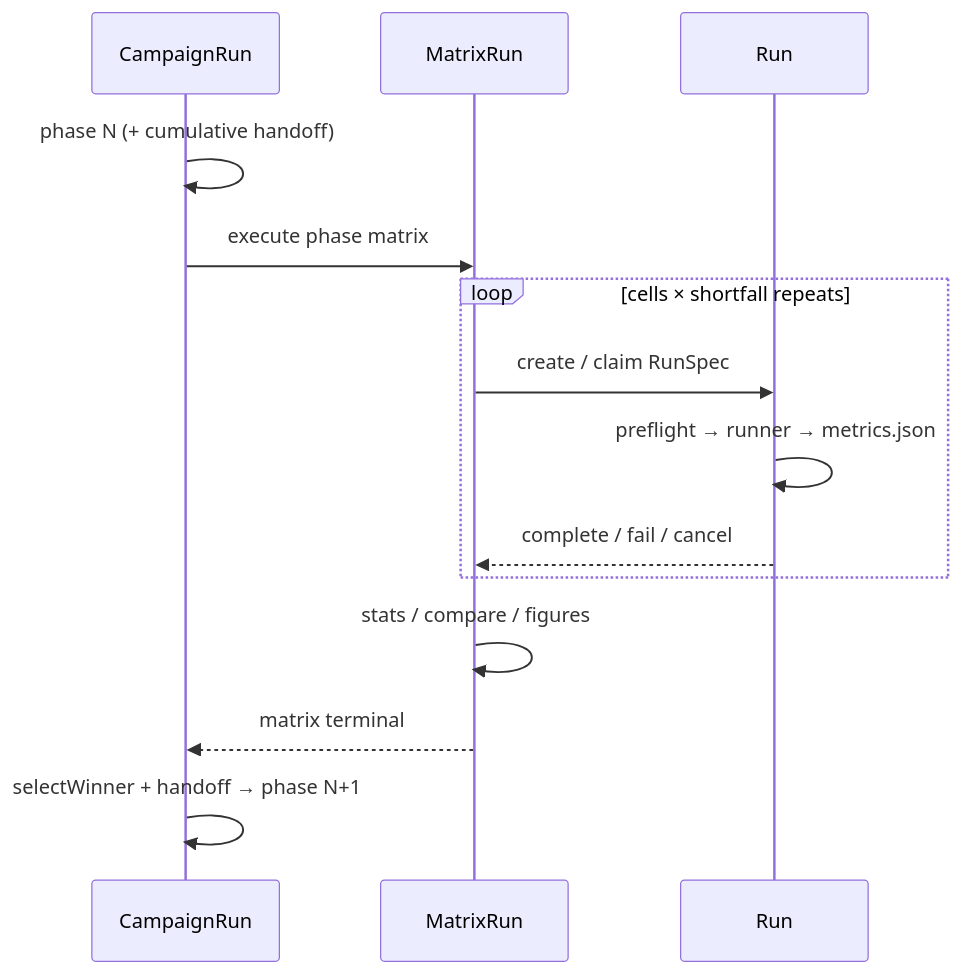
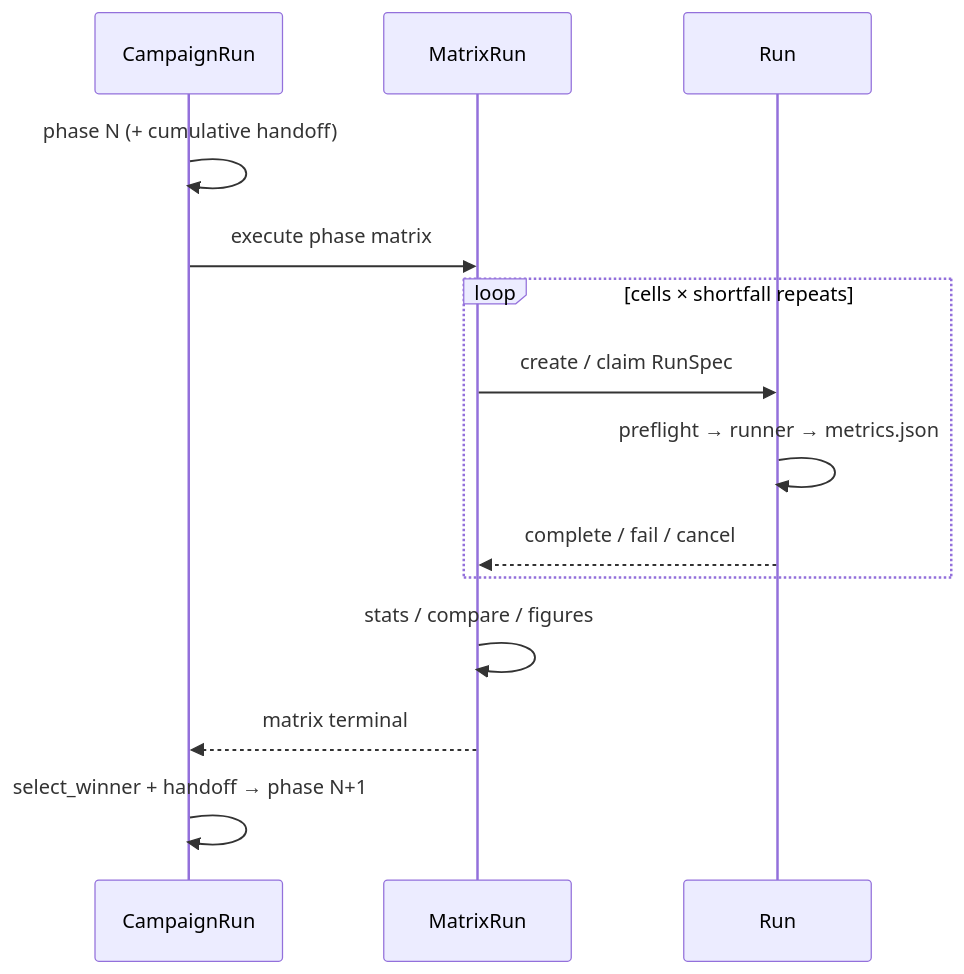
Before and after one commit to Dev-DanielR/bench-run: the first of 2 diagrams in docs/concepts.md, drawn with Mermaid. The commit also changed other lines of this file and 68 other files, not shown here.

````diff
--- a/docs/concepts.md
+++ b/docs/concepts.md
@@ -5,17 +5,17 @@
 ```mermaid
 sequenceDiagram
     participant Camp as CampaignRun
     participant Matrix as MatrixRun
     participant Run
 
     Camp->>Camp: phase N (+ cumulative handoff)
     Camp->>Matrix: execute phase matrix
     loop cells × shortfall repeats
         Matrix->>Run: create / claim RunSpec
         Run->>Run: preflight → runner → metrics.json
         Run-->>Matrix: complete / fail / cancel
     end
     Matrix->>Matrix: stats / compare / figures
     Matrix-->>Camp: matrix terminal
-    Camp->>Camp: selectWinner + handoff → phase N+1
+    Camp->>Camp: select_winner + handoff → phase N+1
 ```
````
